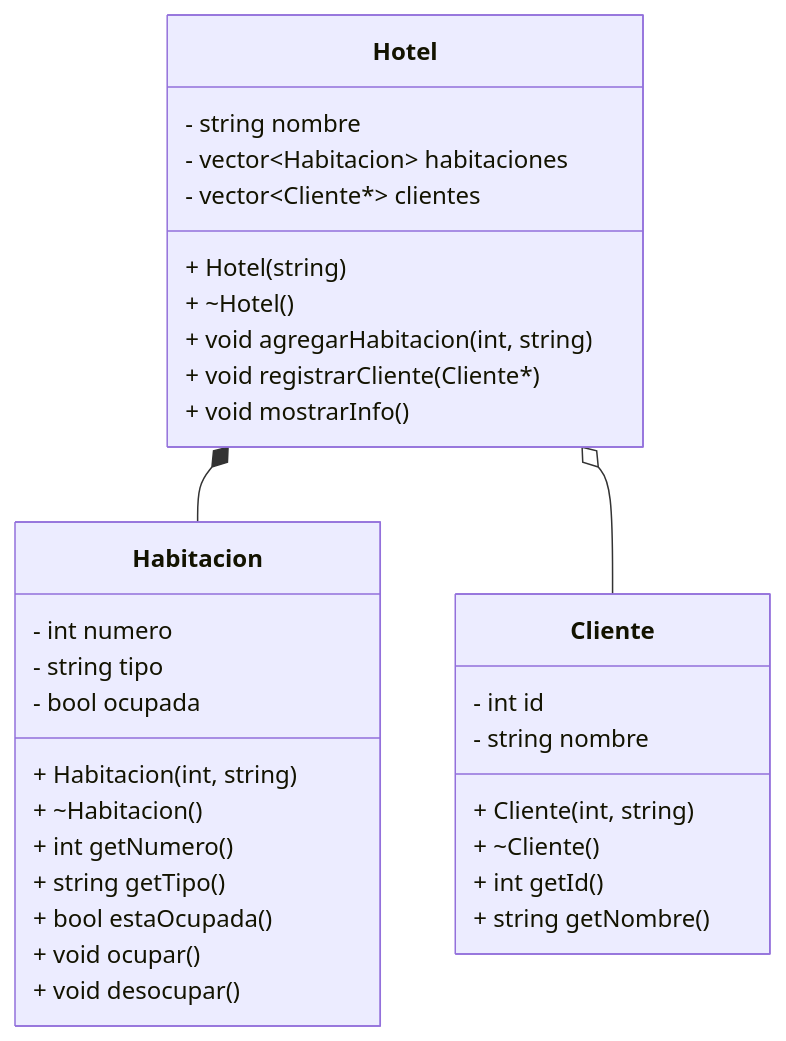
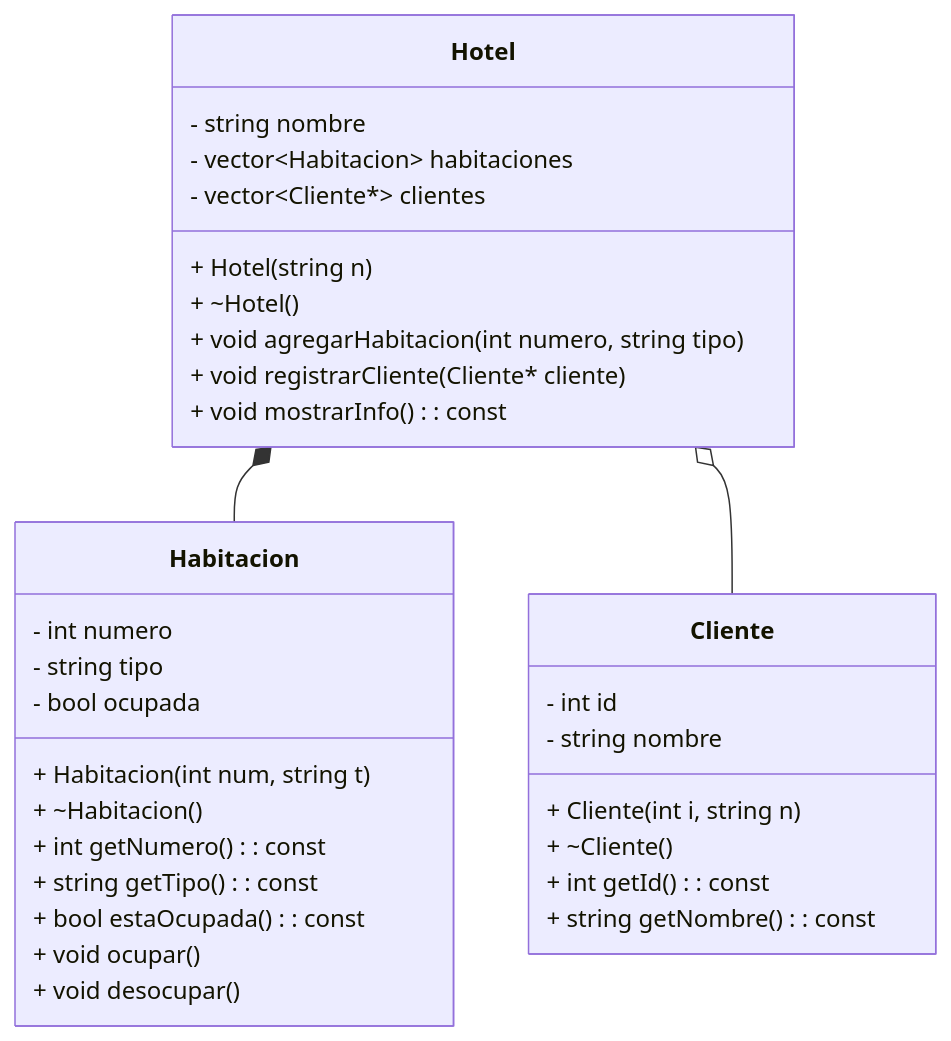
The diagram in solucion.md (Maisa2006/solucion_21_marzo.md), drawn with Mermaid before and after one commit.

````diff
--- a/solucion.md
+++ b/solucion.md
@@ -1,38 +1,38 @@
 ```mermaid
 classDiagram
     class Habitacion {
         - int numero
         - string tipo
         - bool ocupada
-        + Habitacion(int, string)
+        + Habitacion(int num, string t)
         + ~Habitacion()
-        + int getNumero()
-        + string getTipo()
-        + bool estaOcupada()
+        + int getNumero() : const
+        + string getTipo() : const
+        + bool estaOcupada() : const
         + void ocupar()
         + void desocupar()
     }
 
     class Cliente {
         - int id
         - string nombre
-        + Cliente(int, string)
+        + Cliente(int i, string n)
         + ~Cliente()
-        + int getId()
-        + string getNombre()
+        + int getId() : const
+        + string getNombre() : const
     }
 
     class Hotel {
         - string nombre
         - vector~Habitacion~ habitaciones
         - vector~Cliente*~ clientes
-        + Hotel(string)
+        + Hotel(string n)
         + ~Hotel()
-        + void agregarHabitacion(int, string)
-        + void registrarCliente(Cliente*)
-        + void mostrarInfo()
+        + void agregarHabitacion(int numero, string tipo)
+        + void registrarCliente(Cliente* cliente)
+        + void mostrarInfo() : const
     }
 
     Hotel *-- Habitacion
     Hotel o-- Cliente
 ```
````
